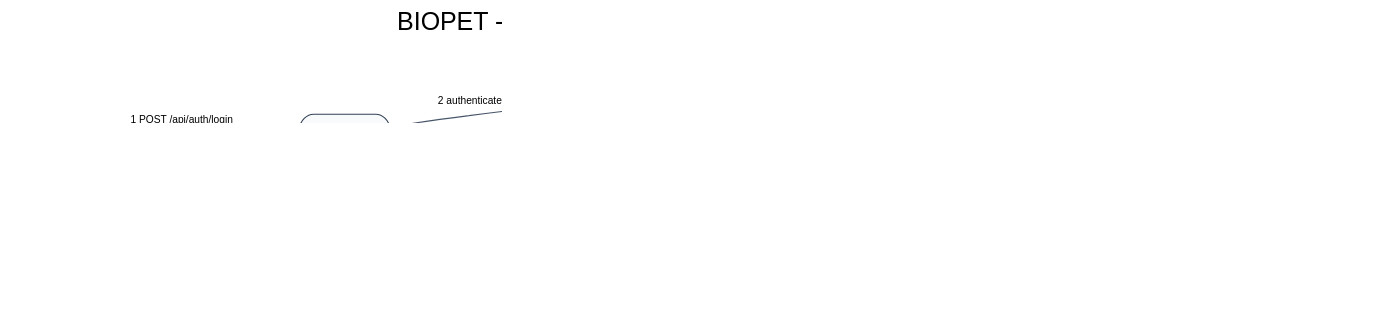
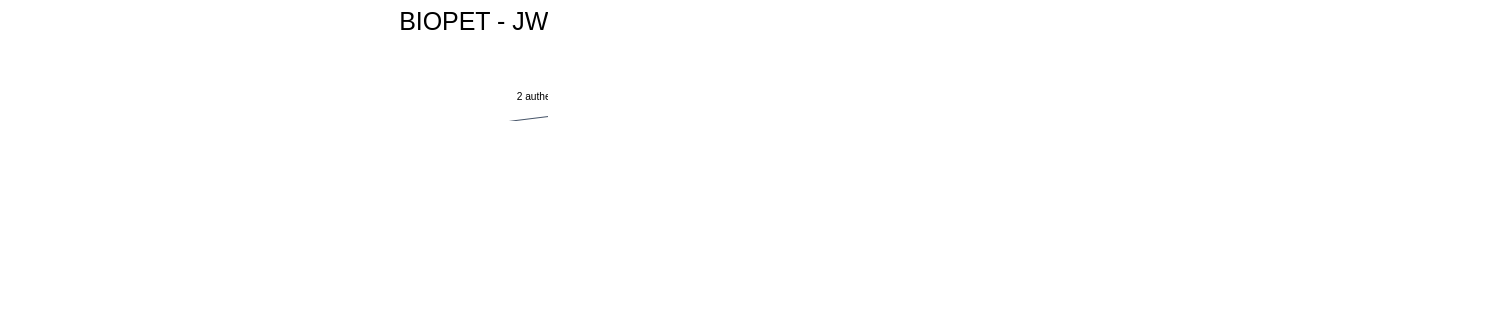
One commit to Grinjoww/ENTREGA-FINAL-BIOPET changed the diagram in docs/diagrams/secuencia-jwt/secuencia-jwt.dot. Above: the diagram before and after it, drawn with Graphviz. The commit also changed 27 other files, not shown here.

```diff
--- a/docs/diagrams/secuencia-jwt/secuencia-jwt.dot
+++ b/docs/diagrams/secuencia-jwt/secuencia-jwt.dot
@@ -1,20 +1,21 @@
 digraph Seq {
-  graph [rankdir=LR, dpi=200, bgcolor="white", fontname="Arial", label="BIOPET - Secuencia de Autenticación JWT (11 pasos)", labelloc=t, fontsize=22];
+  graph [rankdir=LR, dpi=200, bgcolor="white", fontname="Arial", label="BIOPET - JWT Authentication Sequence (13 steps, cookie based)", labelloc=t, fontsize=22];
   node [shape=box, style="rounded,filled", fillcolor="#F8FAFC", color="#334155", fontname="Arial", fontsize=10];
   edge [fontname="Arial", fontsize=9, color="#475569"];
+  // NOTE: conceptual English view of the flow implemented by AuthController,
+  // AuthService, JwtService, JwtCookieService and JwtAuthenticationFilter.
   Angular -> AuthController [label="1 POST /api/auth/login"];
   AuthController -> AuthenticationManager [label="2 authenticate()"];
   AuthenticationManager -> UserDetailsService [label="3 loadUserByUsername()"];
-  UserDetailsService -> UsuarioRepository [label="4 findByEmail()"];
-  UsuarioRepository -> PostgreSQL [label="5 SELECT usuario"];
-  PostgreSQL -> UsuarioRepository [label="usuario"];
+  UserDetailsService -> UserRepository [label="4 findByEmail()"];
+  UserRepository -> PostgreSQL [label="5 SELECT user"];
+  PostgreSQL -> UserRepository [label="user"];
   AuthenticationManager -> BCrypt [label="6 matches()"];
-  AuthController -> JwtService [label="7 generateToken() HS256"];
-  JwtService -> AuthController [label="JWT con jti"];
-  AuthController -> Angular [label="8 {accessToken, refreshToken, expiresIn}"];
-  Angular -> AngularMemory [label="9 accessToken en memoria"];
-  Angular -> JwtAuthFilter [label="10 Authorization: Bearer token"];
-  JwtAuthFilter -> JwtService [label="11 valida firma y exp"];
-  JwtAuthFilter -> Redis [label="11 consulta blacklist JTI"];
-  JwtAuthFilter -> SecurityContext [label="11 set Authentication"];
+  AuthController -> JwtService [label="7 generateAccessToken() + generateRefreshToken() HS256"];
+  JwtService -> AuthController [label="JWTs with jti"];
+  AuthController -> Angular [label="8 Set-Cookie access_token, refresh_token"];
+  Angular -> JwtAuthFilter [label="9 Cookie: access_token"];
+  JwtAuthFilter -> JwtService [label="10 validate signature and expiry"];
+  JwtAuthFilter -> Redis [label="11 isRevoked(jti)"];
+  JwtAuthFilter -> SecurityContext [label="12 set Authentication"];
 }
```
